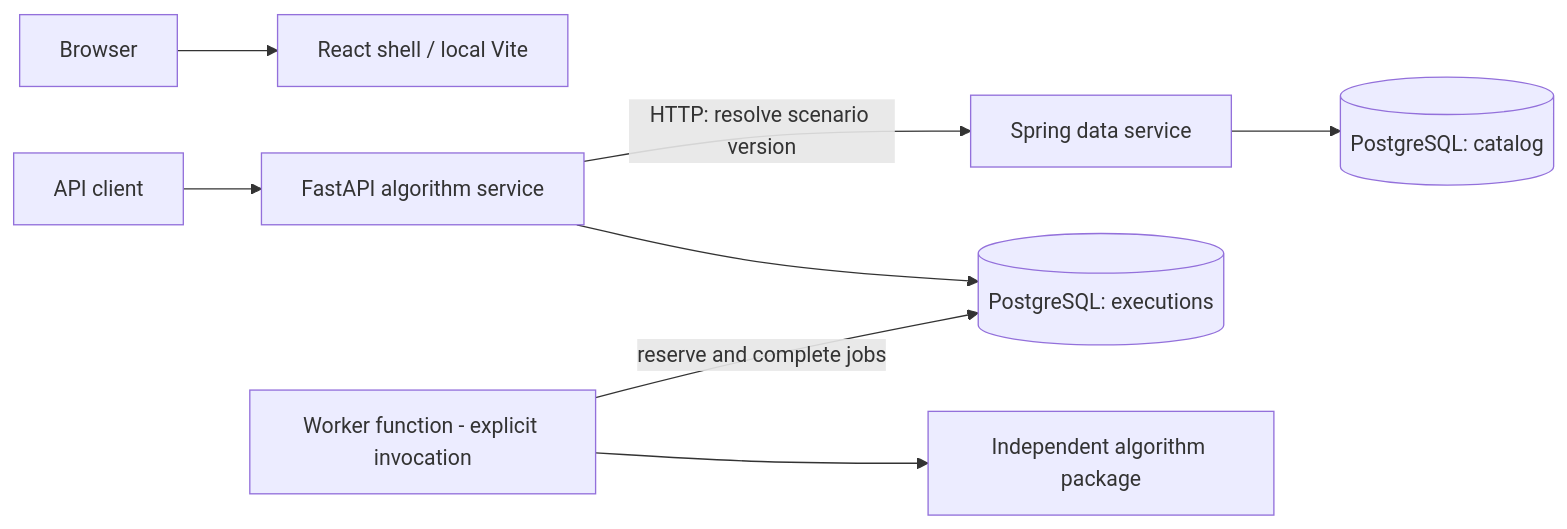
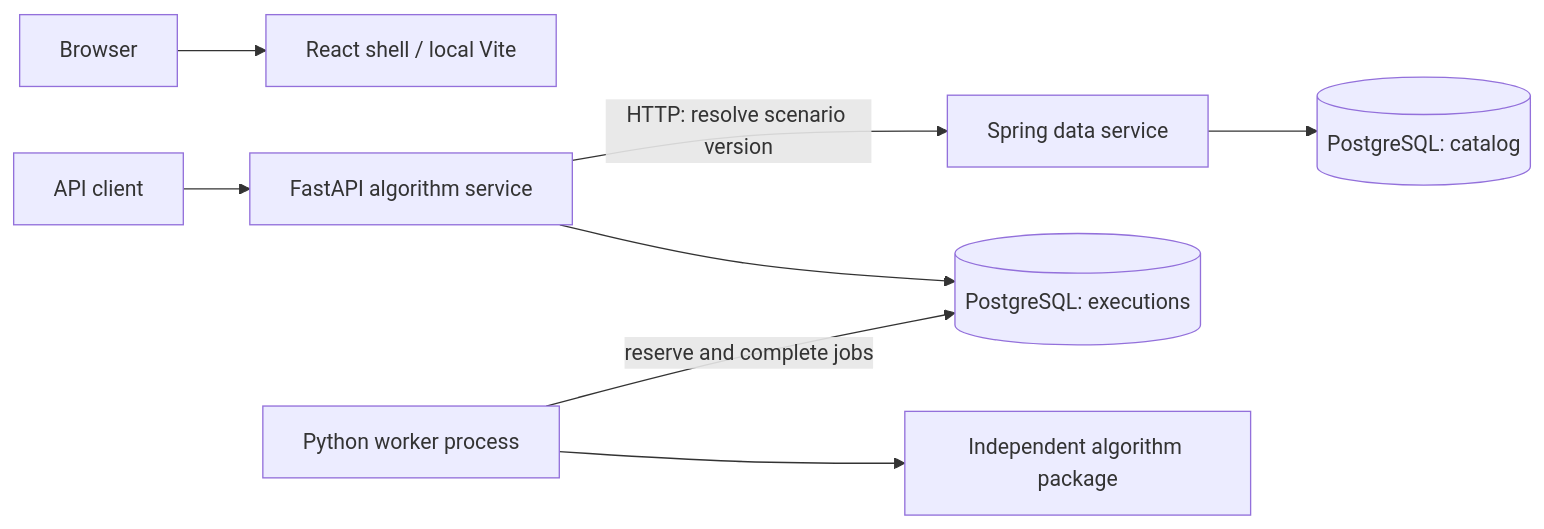
The diagram in docs/architecture/components-and-runtime.md (eseidinger/algorithms), drawn with Mermaid before and after one commit. The commit also changed other lines of this file and 14 other files, not shown here.

````diff
--- a/docs/architecture/components-and-runtime.md
+++ b/docs/architecture/components-and-runtime.md
@@ -9,10 +9,10 @@
 ```mermaid
 flowchart LR
     Browser[Browser] --> Web[React shell / local Vite]
     Client[API client] --> API[FastAPI algorithm service]
     API -->|HTTP: resolve scenario version| Spring[Spring data service]
     Spring --> Catalog[(PostgreSQL: catalog)]
     API --> Jobs[(PostgreSQL: executions)]
-    Worker[Worker function - explicit invocation] -->|reserve and complete jobs| Jobs
+    Worker[Python worker process] -->|reserve and complete jobs| Jobs
     Worker --> Core[Independent algorithm package]
 ```
````
